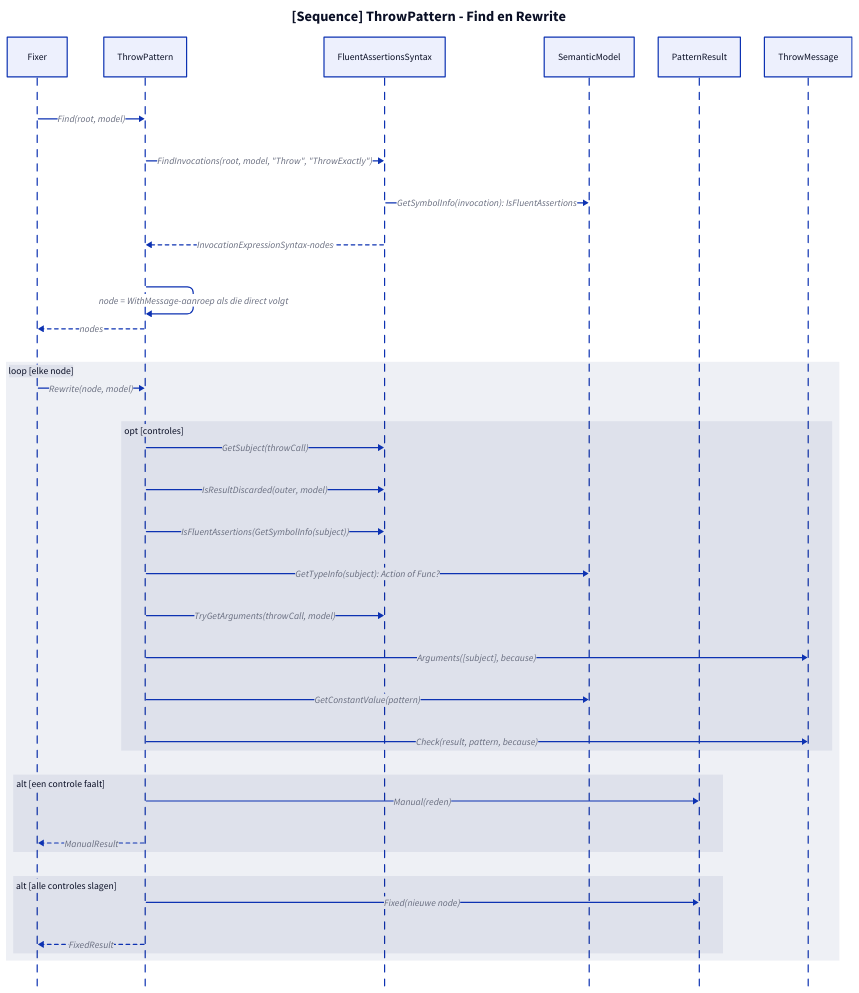
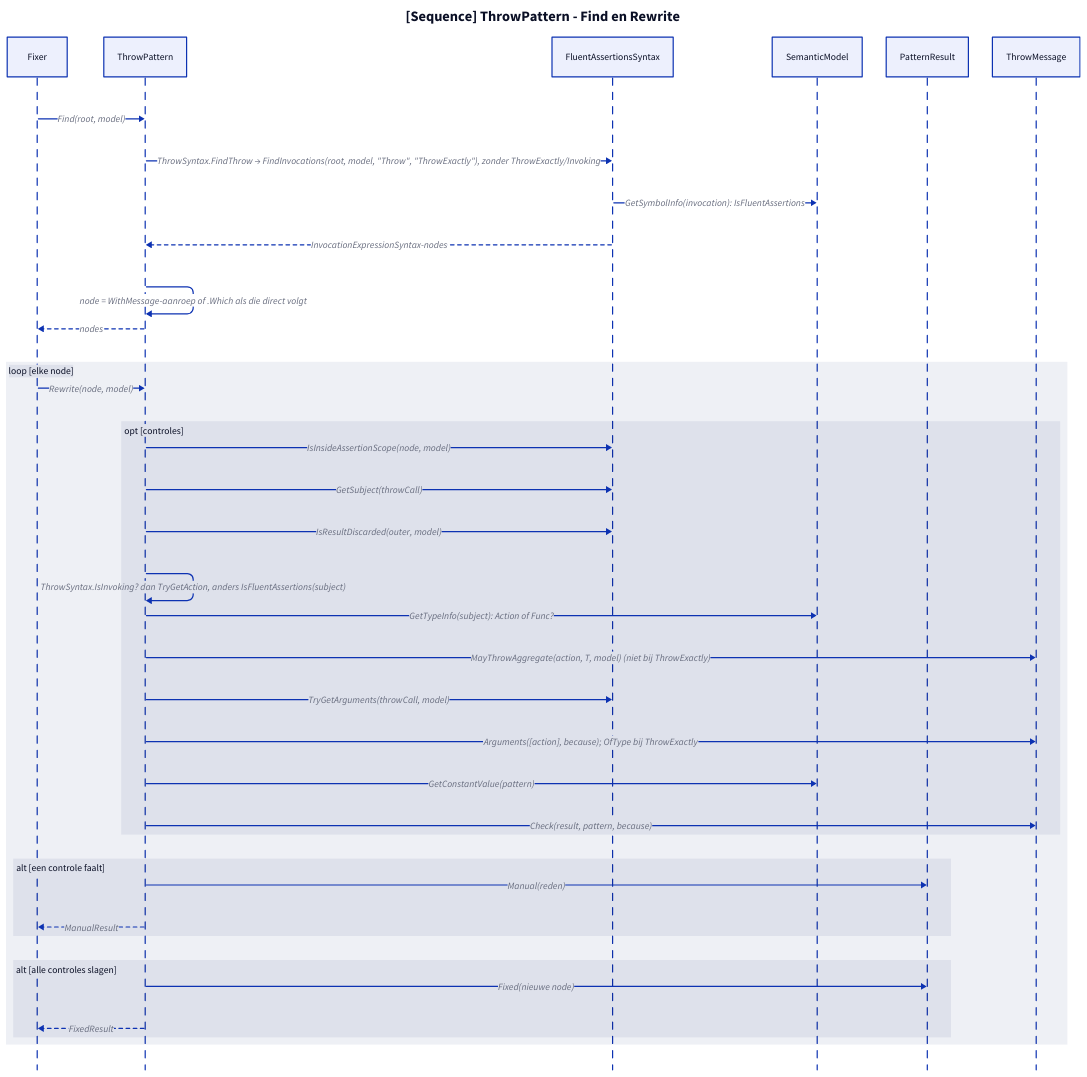
Before and after one commit to ATkingma/unshackle: the diagram in docs/projectinfo/patterns/img/fa-throw-modellen-2.d2, drawn with D2. The commit also changed 462 other files, not shown here.

```diff
--- a/docs/projectinfo/patterns/img/fa-throw-modellen-2.d2
+++ b/docs/projectinfo/patterns/img/fa-throw-modellen-2.d2
@@ -1,35 +1,37 @@
 title: "[Sequence] ThrowPattern - Find en Rewrite" {shape: text; near: top-center; style: {font-size: 24; bold: true}}
 shape: sequence_diagram
 fixer: Fixer
 pattern: ThrowPattern
 syntax: FluentAssertionsSyntax
 model: SemanticModel
 result: PatternResult
 msg: ThrowMessage
 fixer -> pattern: "Find(root, model)"
-pattern -> syntax: "FindInvocations(root, model, \"Throw\", \"ThrowExactly\")"
+pattern -> syntax: "ThrowSyntax.FindThrow → FindInvocations(root, model, \"Throw\", \"ThrowExactly\"), zonder ThrowExactly/Invoking"
 syntax -> model: "GetSymbolInfo(invocation): IsFluentAssertions"
 syntax -> pattern: "InvocationExpressionSyntax-nodes" {style.stroke-dash: 3}
-pattern -> pattern: "node = WithMessage-aanroep als die direct volgt"
+pattern -> pattern: "node = WithMessage-aanroep of .Which als die direct volgt"
 pattern -> fixer: "nodes" {style.stroke-dash: 3}
 each: "loop [elke node]" {
   fixer -> pattern: "Rewrite(node, model)"
   checks: "opt [controles]" {
+    pattern -> syntax: "IsInsideAssertionScope(node, model)"
     pattern -> syntax: "GetSubject(throwCall)"
     pattern -> syntax: "IsResultDiscarded(outer, model)"
-    pattern -> syntax: "IsFluentAssertions(GetSymbolInfo(subject))"
+    pattern -> pattern: "ThrowSyntax.IsInvoking? dan TryGetAction, anders IsFluentAssertions(subject)"
     pattern -> model: "GetTypeInfo(subject): Action of Func?"
+    pattern -> msg: "MayThrowAggregate(action, T, model) (niet bij ThrowExactly)"
     pattern -> syntax: "TryGetArguments(throwCall, model)"
-    pattern -> msg: "Arguments([subject], because)"
+    pattern -> msg: "Arguments([action], because); OfType bij ThrowExactly"
     pattern -> model: "GetConstantValue(pattern)"
     pattern -> msg: "Check(result, pattern, because)"
   }
   manual: "alt [een controle faalt]" {
     pattern -> result: "Manual(reden)"
     pattern -> fixer: "ManualResult" {style.stroke-dash: 3}
   }
   fixed: "alt [alle controles slagen]" {
     pattern -> result: "Fixed(nieuwe node)"
     pattern -> fixer: "FixedResult" {style.stroke-dash: 3}
   }
 }
```
